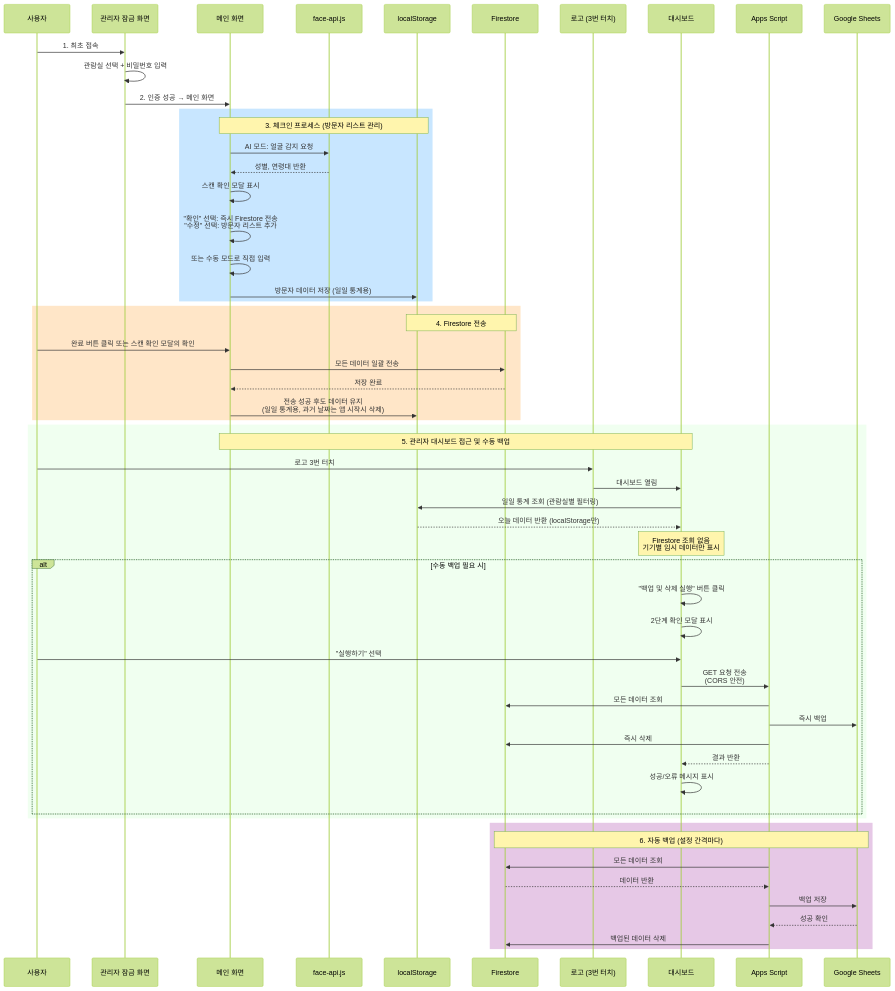
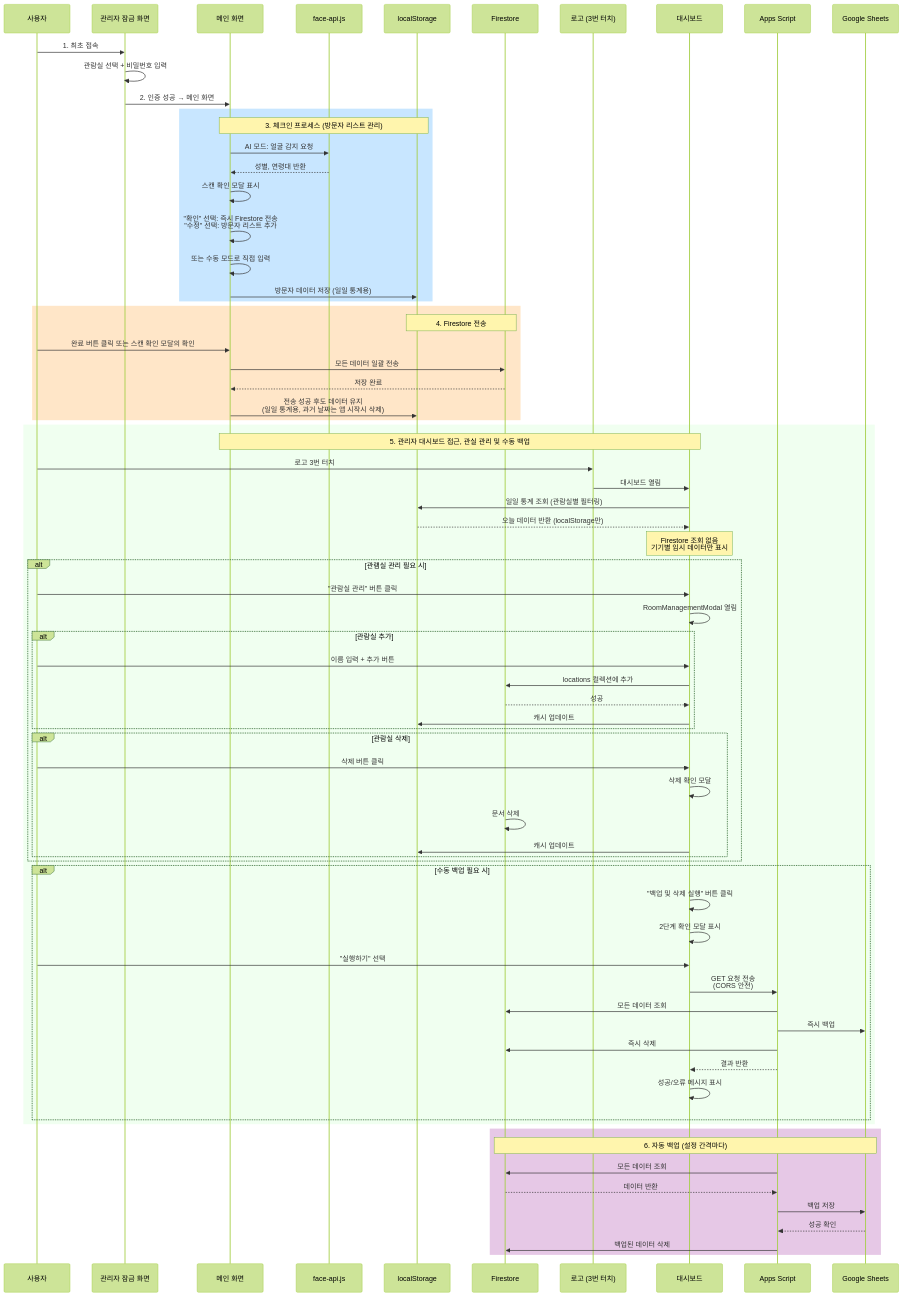
Before and after one commit to seoul-raim/raim-visitor-checkin: the second of 5 diagrams in docs/ARCHITECTURE.md, drawn with Mermaid (forest theme). The commit also changed other lines of this file and 2 other files, not shown here.

````diff
--- a/docs/ARCHITECTURE.md
+++ b/docs/ARCHITECTURE.md
@@ -96,65 +101,82 @@
 ```mermaid
 sequenceDiagram
     participant User as 사용자
     participant Lock as 관리자 잠금 화면
     participant Main as 메인 화면
     participant Face as face-api.js
     participant Local as localStorage
     participant Firestore as Firestore
     participant Logo as 로고 (3번 터치)
     participant Dashboard as 대시보드
     participant Apps as Apps Script
     participant Sheets as Google Sheets
     
     User->>Lock: 1. 최초 접속
     Lock->>Lock: 관람실 선택 + 비밀번호 입력
     Lock->>Main: 2. 인증 성공 → 메인 화면
     
     rect rgb(200, 230, 255)
     Note over Main,Local: 3. 체크인 프로세스 (방문자 리스트 관리)
     Main->>Face: AI 모드: 얼굴 감지 요청
     Face-->>Main: 성별, 연령대 반환
     Main->>Main: 스캔 확인 모달 표시
     Main->>Main: "확인" 선택: 즉시 Firestore 전송<br/>"수정" 선택: 방문자 리스트 추가
     Main->>Main: 또는 수동 모드로 직접 입력
     Main->>Local: 방문자 데이터 저장 (일일 통계용)
     end
     
     rect rgb(255, 230, 200)
     Note over Local,Firestore: 4. Firestore 전송
     User->>Main: 완료 버튼 클릭 또는 스캔 확인 모달의 확인
     Main->>Firestore: 모든 데이터 일괄 전송
     Firestore-->>Main: 저장 완료
     Main->>Local: 전송 성공 후도 데이터 유지<br/>(일일 통계용, 과거 날짜는 앱 시작시 삭제)
     end
     
     rect rgb(240, 255, 240)
-    Note over Main,Dashboard: 5. 관리자 대시보드 접근 및 수동 백업
+    Note over Main,Dashboard: 5. 관리자 대시보드 접근, 관실 관리 및 수동 백업
     User->>Logo: 로고 3번 터치
     Logo->>Dashboard: 대시보드 열림
     Dashboard->>Local: 일일 통계 조회 (관람실별 필터링)
     Local-->>Dashboard: 오늘 데이터 반환 (localStorage만)
     Note over Dashboard: Firestore 조회 없음<br/>기기별 임시 데이터만 표시
+    
+    alt 관램실 관리 필요 시
+        User->>Dashboard: "관람실 관리" 버튼 클릭
+        Dashboard->>Dashboard: RoomManagementModal 열림
+        alt 관람실 추가
+            User->>Dashboard: 이름 입력 + 추가 버튼
+            Dashboard->>Firestore: locations 컬렉션에 추가
+            Firestore-->>Dashboard: 성공
+            Dashboard->>Local: 캐시 업데이트
+        end
+        alt 관람실 삭제
+            User->>Dashboard: 삭제 버튼 클릭
+            Dashboard->>Dashboard: 삭제 확인 모달
+            Firestore->>Firestore: 문서 삭제
+            Dashboard->>Local: 캐시 업데이트
+        end
+    end
     
     alt 수동 백업 필요 시
         Dashboard->>Dashboard: "백업 및 삭제 실행" 버튼 클릭
         Dashboard->>Dashboard: 2단계 확인 모달 표시
         User->>Dashboard: "실행하기" 선택
         Dashboard->>Apps: GET 요청 전송<br/>(CORS 안전)
         Apps->>Firestore: 모든 데이터 조회
         Apps->>Sheets: 즉시 백업
         Apps->>Firestore: 즉시 삭제
         Apps-->>Dashboard: 결과 반환
         Dashboard->>Dashboard: 성공/오류 메시지 표시
     end
     end
     
     rect rgb(230, 200, 230)
     Note over Firestore,Sheets: 6. 자동 백업 (설정 간격마다)
     Apps->>Firestore: 모든 데이터 조회
     Firestore-->>Apps: 데이터 반환
     Apps->>Sheets: 백업 저장
     Sheets-->>Apps: 성공 확인
     Apps->>Firestore: 백업된 데이터 삭제
     end
 ```
````
